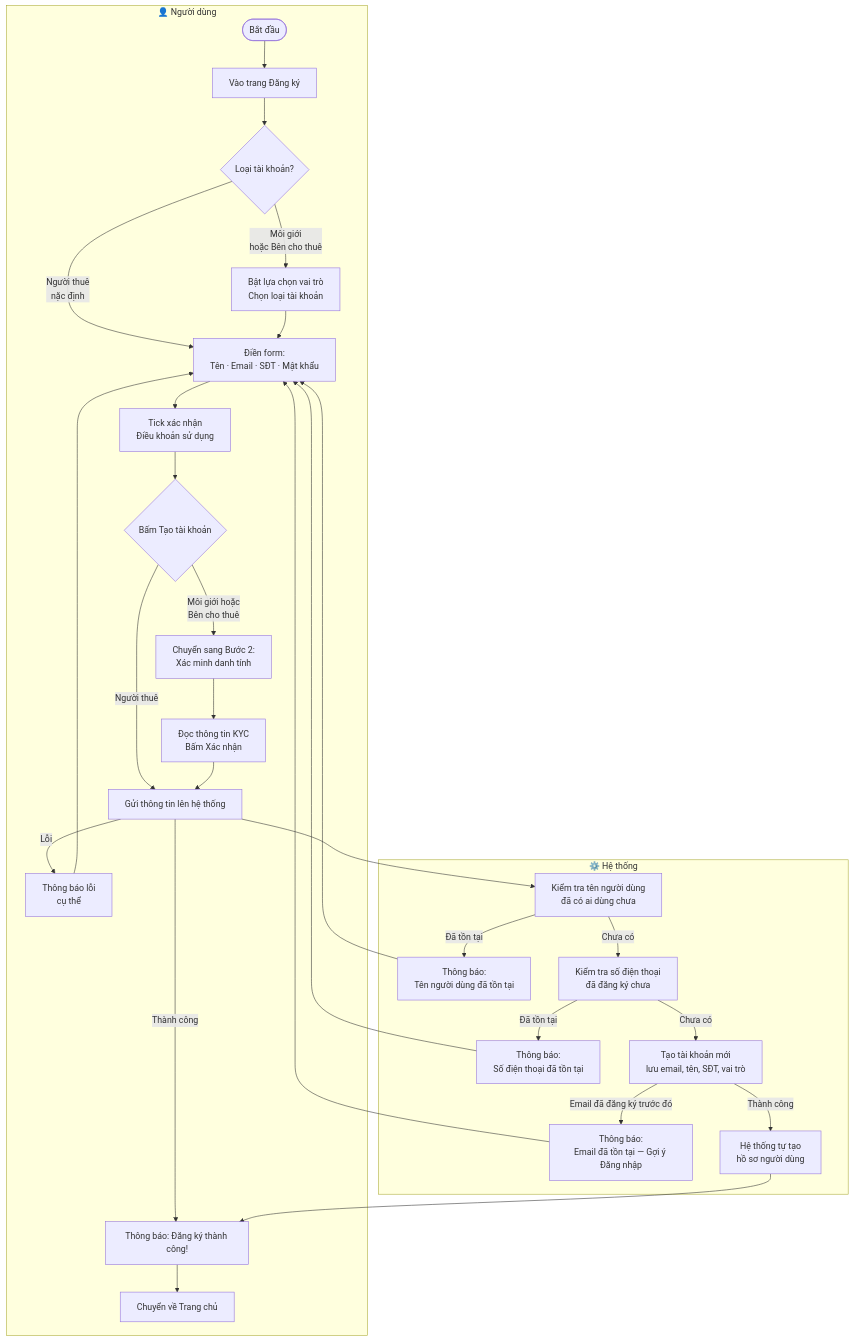
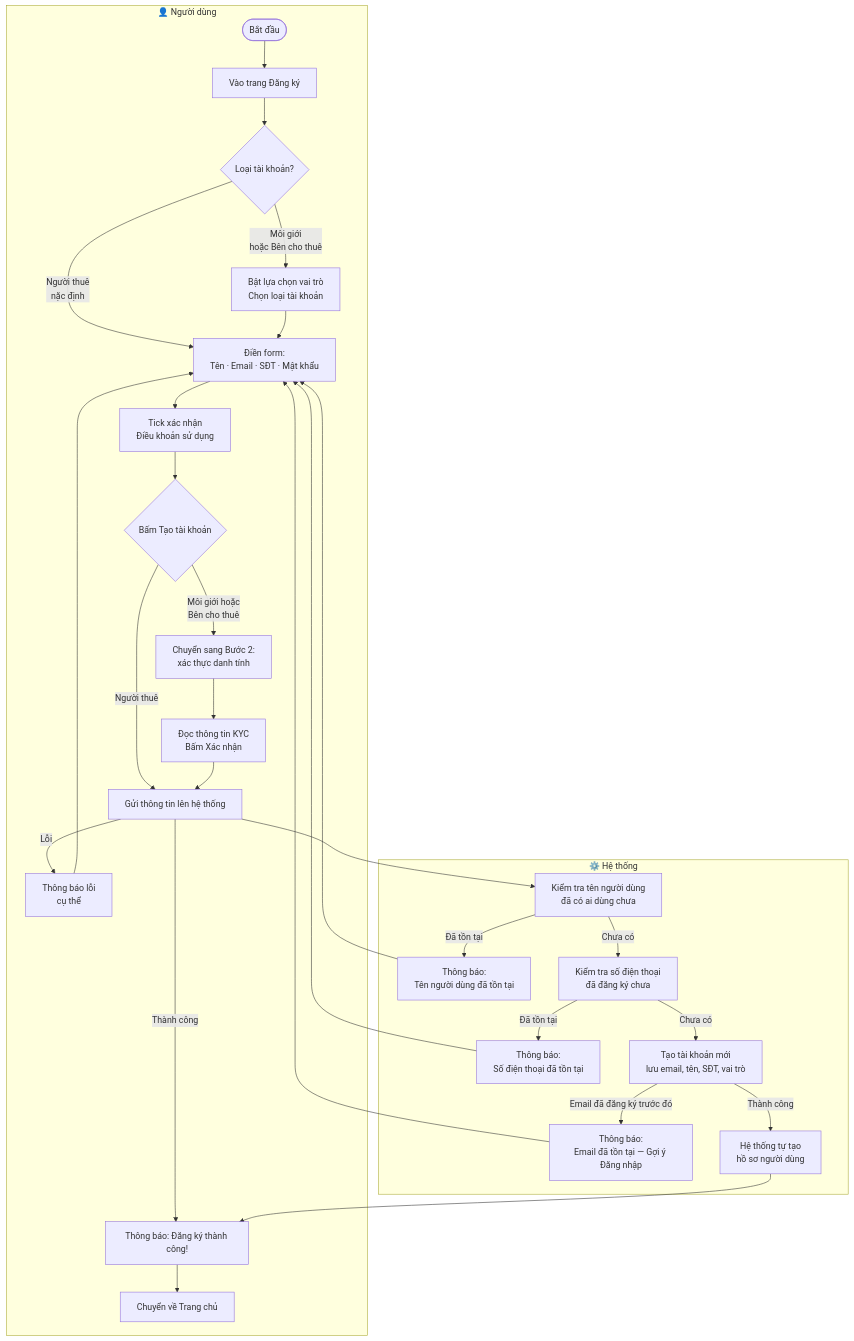
One commit to natelyt12/trotot changed the second of 4 diagrams in prj_workflows/01_auth_workflow.md. Above: the diagram before and after it, drawn with Mermaid. The commit also changed other lines of this file and 21 other files, not shown here.

````diff
--- a/prj_workflows/01_auth_workflow.md
+++ b/prj_workflows/01_auth_workflow.md
@@ -48,36 +48,36 @@
 ```mermaid
 flowchart TD
     subgraph USER["👤 Người dùng"]
         A([Bắt đầu]) --> B[Vào trang Đăng ký]
         B --> C{Loại tài khoản?}
         C -- Người thuê\nnặc định --> D[Điền form:\nTên · Email · SĐT · Mật khẩu]
         C -- Môi giới\nhoặc Bên cho thuê --> E[Bật lựa chọn vai trò\nChọn loại tài khoản]
         E --> D
         D --> F[Tick xác nhận\nĐiều khoản sử dụng]
         F --> G{Bấm Tạo tài khoản}
 
         G -- Người thuê --> H[Gửi thông tin lên hệ thống]
-        G -- Môi giới hoặc\nBên cho thuê --> I[Chuyển sang Bước 2:\nXác minh danh tính]
+        G -- Môi giới hoặc\nBên cho thuê --> I[Chuyển sang Bước 2:\nxác thực danh tính]
         I --> J[Đọc thông tin KYC\nBấm Xác nhận]
         J --> H
 
         H --> |Thành công| K[Thông báo: Đăng ký thành công!]
         H --> |Lỗi| L[Thông báo lỗi\ncụ thể]
         K --> M[Chuyển về Trang chủ]
         L --> D
     end
 
     subgraph SYSTEM["⚙️ Hệ thống"]
         H --> N[Kiểm tra tên người dùng\nđã có ai dùng chưa]
         N --> |Đã tồn tại| O[Thông báo:\nTên người dùng đã tồn tại]
         N --> |Chưa có| P[Kiểm tra số điện thoại\nđã đăng ký chưa]
         P --> |Đã tồn tại| Q[Thông báo:\nSố điện thoại đã tồn tại]
         P --> |Chưa có| R[Tạo tài khoản mới\nlưu email, tên, SĐT, vai trò]
         R --> |Email đã đăng ký trước đó| S[Thông báo:\nEmail đã tồn tại — Gợi ý Đăng nhập]
         R --> |Thành công| T[Hệ thống tự tạo\nhồ sơ người dùng]
         T --> K
         O --> D
         Q --> D
         S --> D
     end
 ```
````
